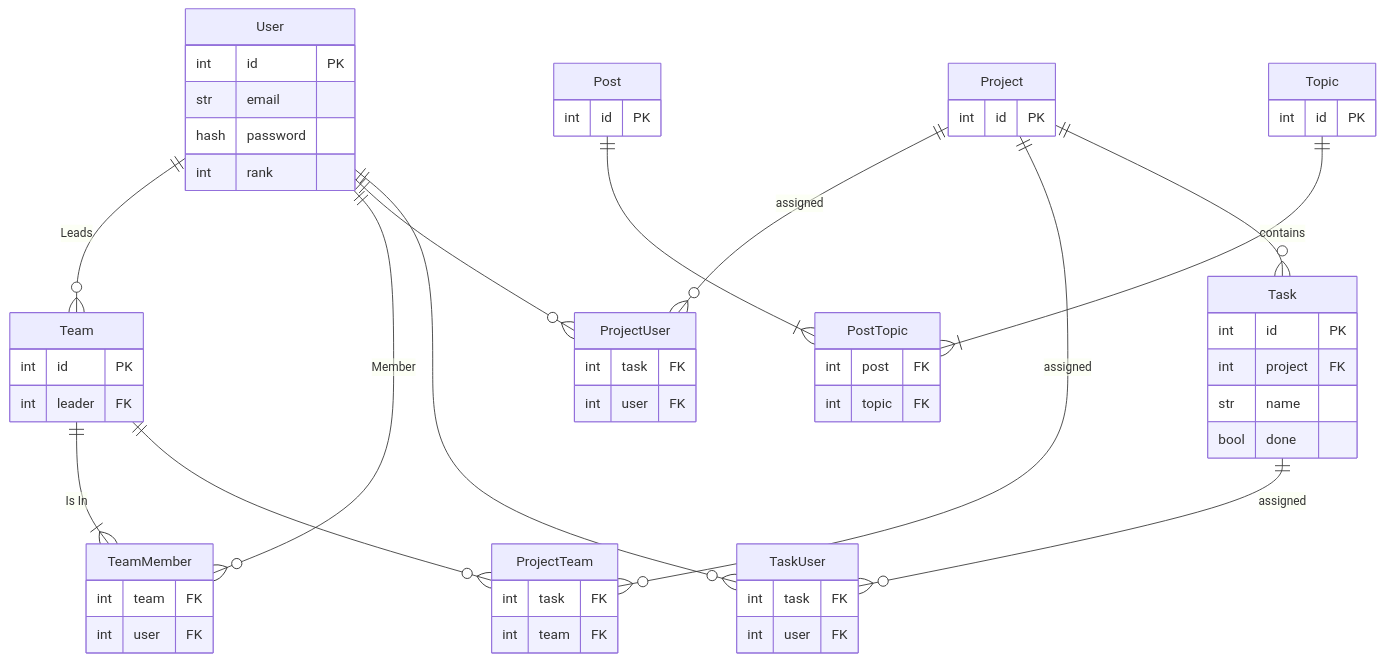
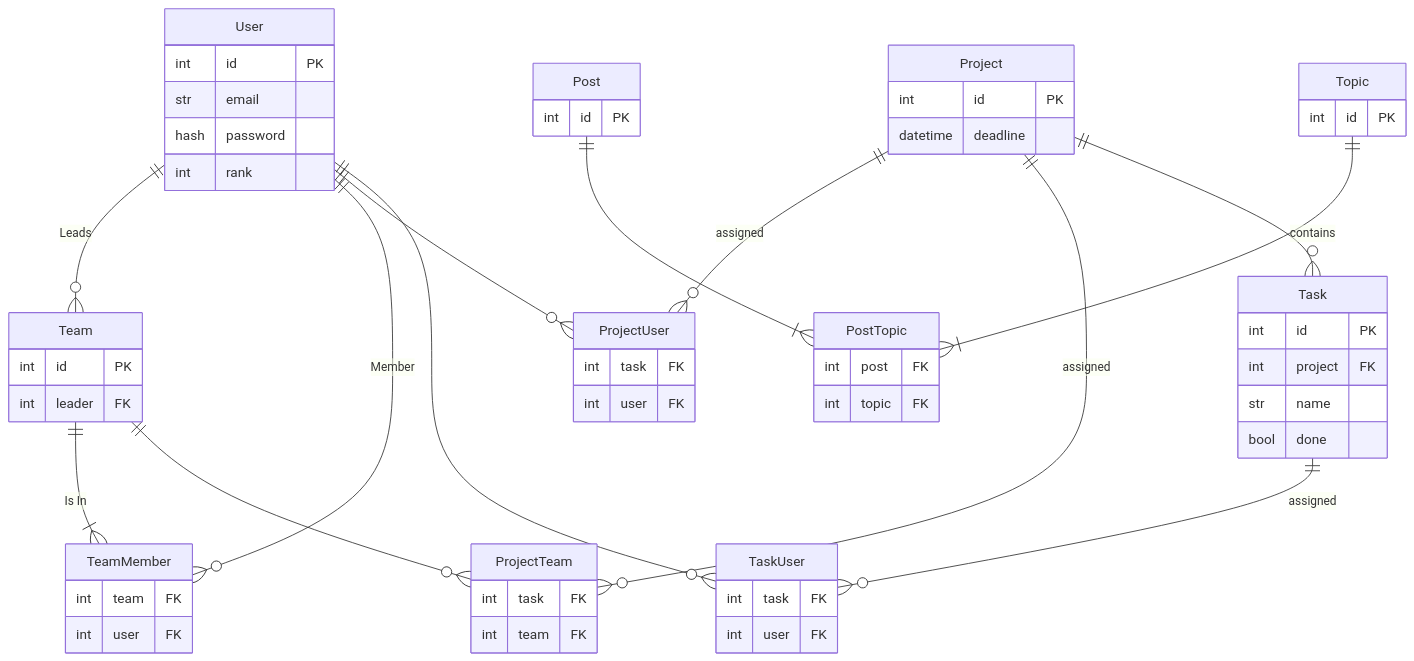
The third of 3 diagrams in design/data_design.md (TWoolhouse/lboroCW-Trelno), drawn with Mermaid before and after one commit. The commit also changed other lines of this file, not shown here.

Commit message:
task split into two so a user can have a list of todo items

````diff
--- a/design/data_design.md
+++ b/design/data_design.md
@@ -86,67 +94,68 @@
 ```mermaid
 erDiagram
 
 User {
-	int id PK
-	str email
-	hash password
-	int rank
+    int id PK
+    str email
+    hash password
+    int rank
 }
 
 User ||--o{ Team : Leads
 Team {
-	int id PK
-	int leader FK
+    int id PK
+    int leader FK
 }
 Team ||--|{ TeamMember : "Is In"
 User ||--o{ TeamMember : Member
 TeamMember {
-	int team FK
-	int user FK
+    int team FK
+    int user FK
 }
 
 Project{
-	int id PK
+    int id PK
+    datetime deadline
 }
 Project ||--o{ ProjectUser : assigned
 User ||--o{ ProjectUser : ""
 ProjectUser {
-	int task FK
-	int user FK
+    int task FK
+    int user FK
 }
 Project ||--o{ ProjectTeam : assigned
 Team ||--o{ ProjectTeam : ""
 ProjectTeam {
-	int task FK
-	int team FK
+    int task FK
+    int team FK
 }
 
 Project ||--o{ Task : contains
 Task {
-	int id PK
-	int project FK
-	str name
-	bool done
+    int id PK
+    int project FK
+    str name
+    bool done
 }
 Task ||--o{ TaskUser : assigned
 User ||--o{ TaskUser : ""
 TaskUser {
-	int task FK
-	int user FK
+    int task FK
+    int user FK
 }
 
 Topic {
-	int id PK
+    int id PK
 }
 
 Post {
-	int id PK
+    int id PK
 }
 
 Post ||--|{ PostTopic : ""
 Topic ||--|{ PostTopic : ""
 PostTopic {
-	int post FK
-	int topic FK
+    int post FK
+    int topic FK
 }
 ```
````
